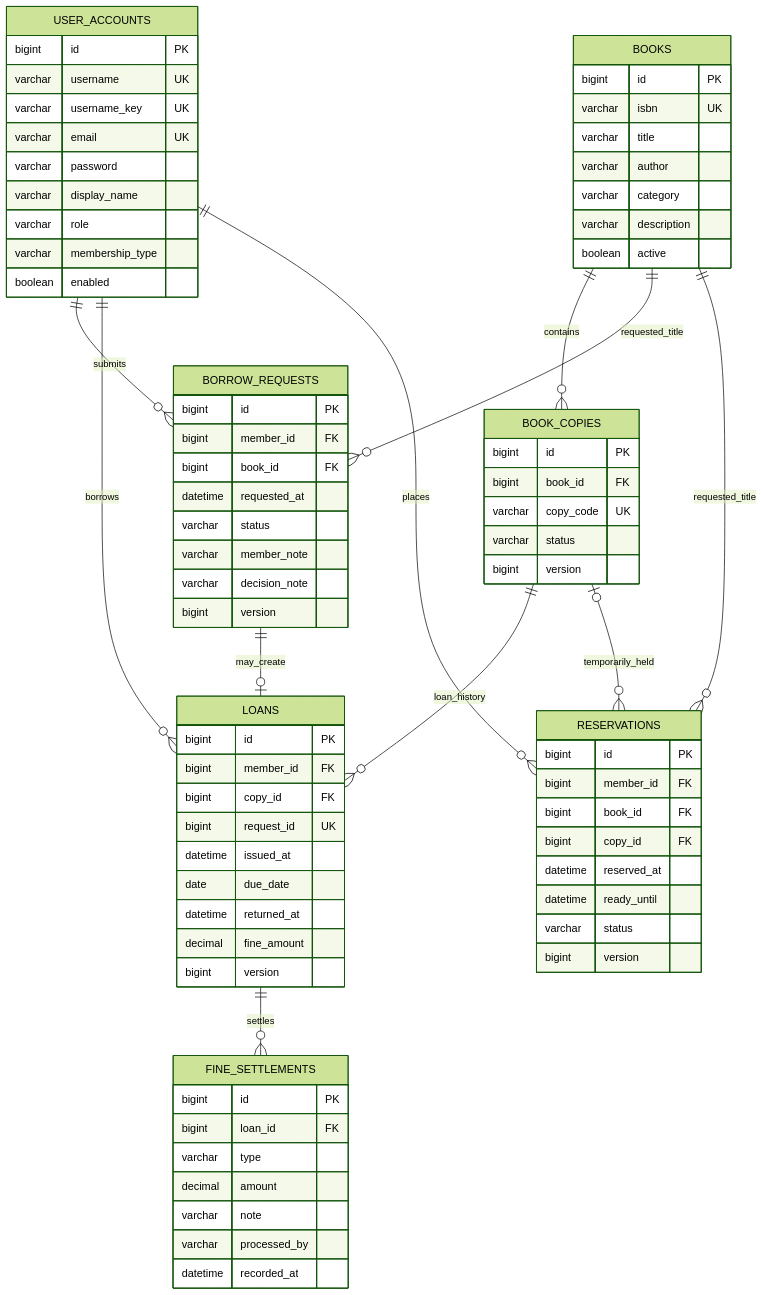
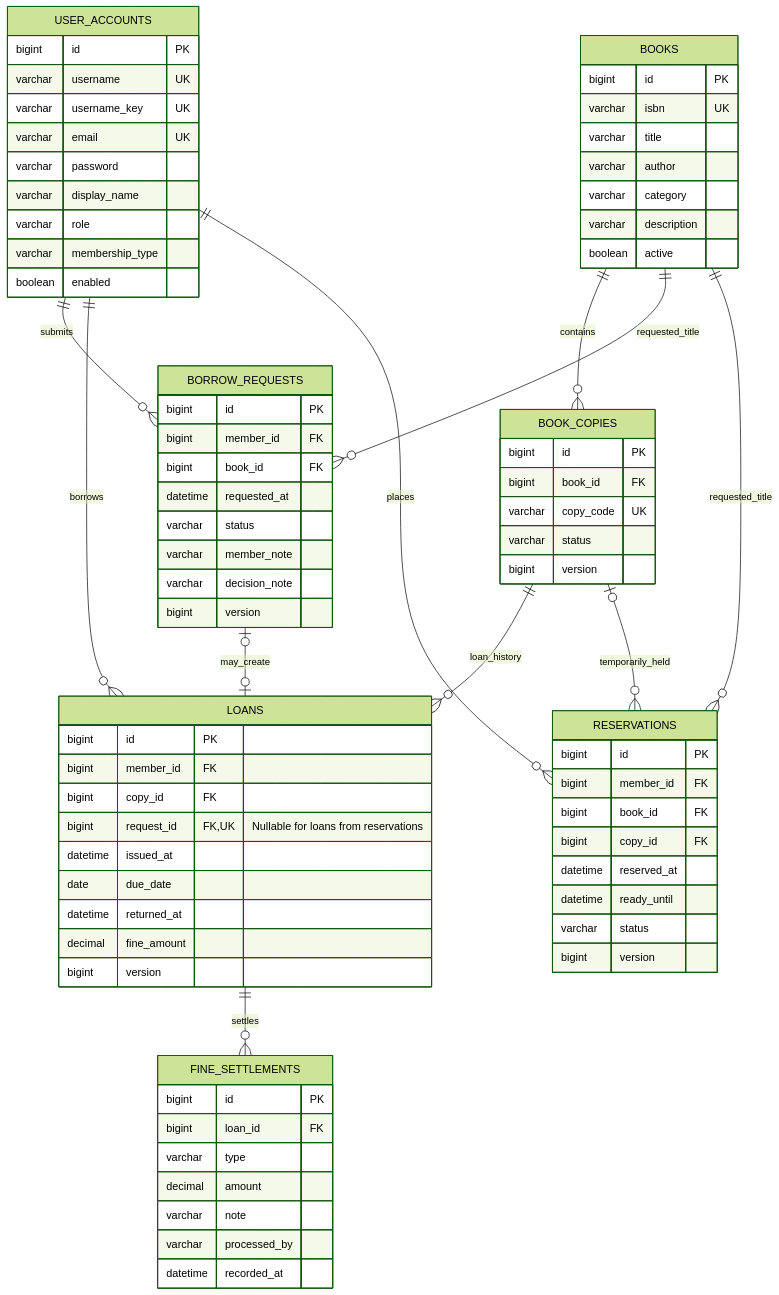
One commit to trithanh1577/261_72ITSE41704_2474802010400_E-Library changed the diagram in docs/design/erd.mmd. Above: the diagram before and after it, drawn with Mermaid (forest theme). The commit also changed 24 other files, not shown here.

```diff
--- a/docs/design/erd.mmd
+++ b/docs/design/erd.mmd
@@ -1,78 +1,78 @@
 erDiagram
     USER_ACCOUNTS {
       bigint id PK
       varchar username UK
       varchar username_key UK
       varchar email UK
       varchar password
       varchar display_name
       varchar role
       varchar membership_type
       boolean enabled
     }
     BOOKS {
       bigint id PK
       varchar isbn UK
       varchar title
       varchar author
       varchar category
       varchar description
       boolean active
     }
     BOOK_COPIES {
       bigint id PK
       bigint book_id FK
       varchar copy_code UK
       varchar status
       bigint version
     }
     BORROW_REQUESTS {
       bigint id PK
       bigint member_id FK
       bigint book_id FK
       datetime requested_at
       varchar status
       varchar member_note
       varchar decision_note
       bigint version
     }
     LOANS {
       bigint id PK
       bigint member_id FK
       bigint copy_id FK
-      bigint request_id UK
+      bigint request_id FK, UK "Nullable for loans from reservations"
       datetime issued_at
       date due_date
       datetime returned_at
       decimal fine_amount
       bigint version
     }
     FINE_SETTLEMENTS {
       bigint id PK
       bigint loan_id FK
       varchar type
       decimal amount
       varchar note
       varchar processed_by
       datetime recorded_at
     }
     RESERVATIONS {
       bigint id PK
       bigint member_id FK
       bigint book_id FK
       bigint copy_id FK
       datetime reserved_at
       datetime ready_until
       varchar status
       bigint version
     }
     BOOKS ||--o{ BOOK_COPIES : contains
     USER_ACCOUNTS ||--o{ BORROW_REQUESTS : submits
     BOOKS ||--o{ BORROW_REQUESTS : requested_title
     USER_ACCOUNTS ||--o{ LOANS : borrows
     BOOK_COPIES ||--o{ LOANS : loan_history
-    BORROW_REQUESTS ||--o| LOANS : may_create
+    BORROW_REQUESTS |o--o| LOANS : may_create
     LOANS ||--o{ FINE_SETTLEMENTS : settles
     USER_ACCOUNTS ||--o{ RESERVATIONS : places
     BOOKS ||--o{ RESERVATIONS : requested_title
     BOOK_COPIES o|--o{ RESERVATIONS : temporarily_held
```
